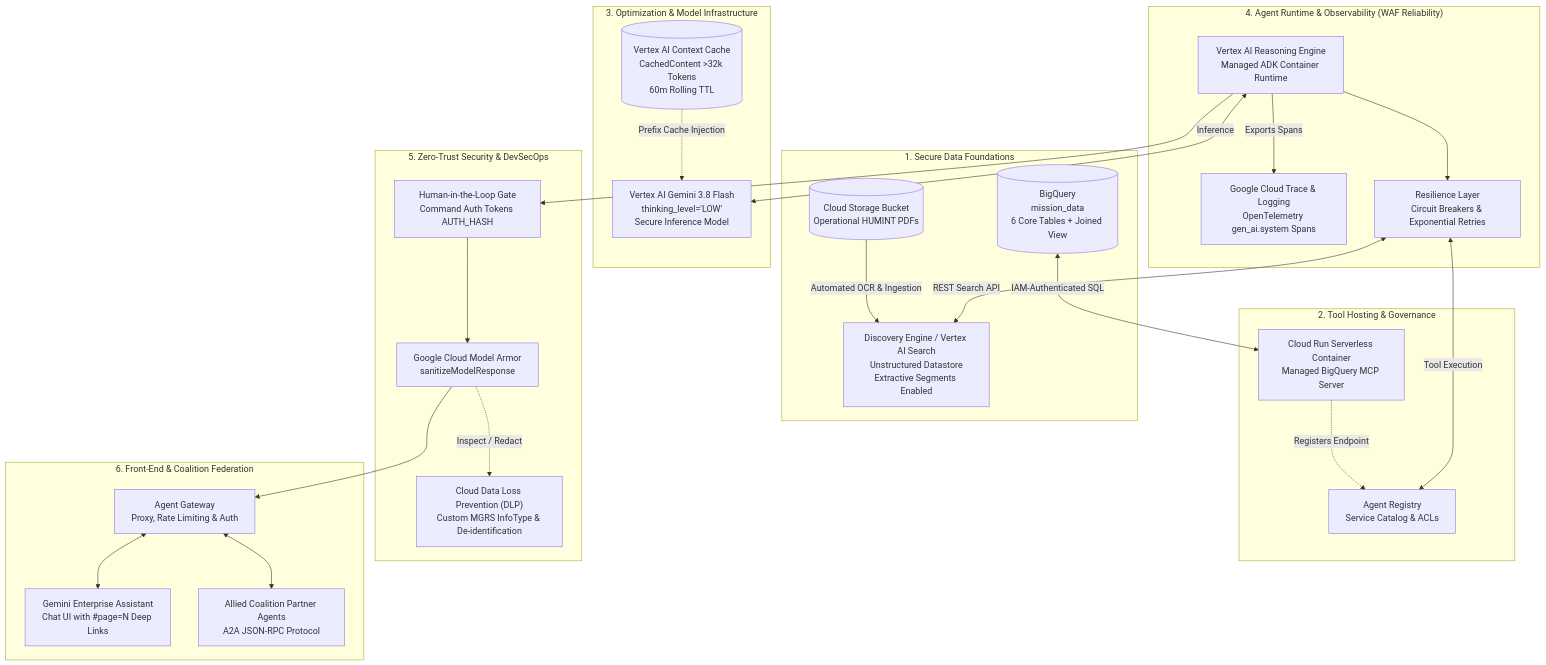
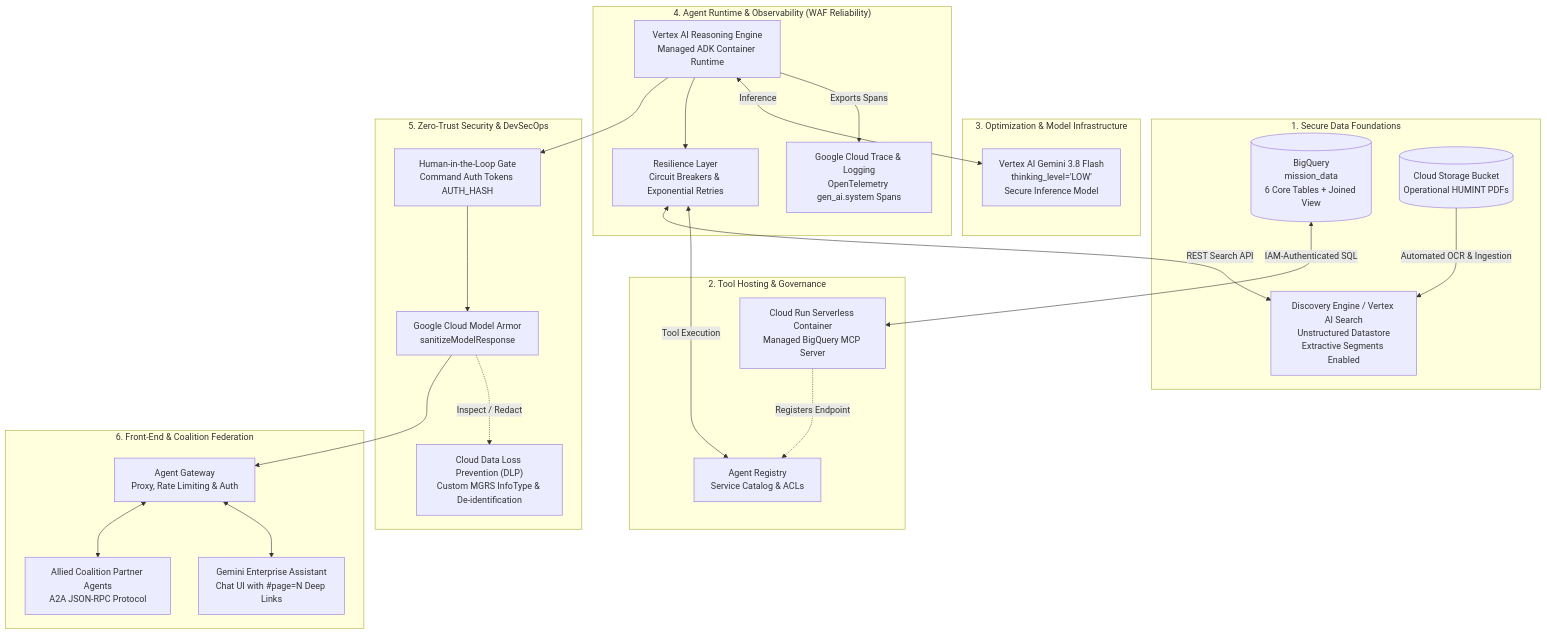
The diagram in docs/Architecture.md (edwardsda-prog/Intelligence-Agent), drawn with Mermaid before and after one commit. The commit also changed other lines of this file and 21 other files, not shown here.

````diff
--- a/docs/Architecture.md
+++ b/docs/Architecture.md
@@ -7,54 +7,52 @@
 ```mermaid
 flowchart TD
     subgraph DataLayer["1. Secure Data Foundations"]
         BQ[("BigQuery<br/>mission_data<br/>6 Core Tables + Joined View")]
         GCS[("Cloud Storage Bucket<br/>Operational HUMINT PDFs")]
         DE["Discovery Engine / Vertex AI Search<br/>Unstructured Datastore<br/>Extractive Segments Enabled"]
         GCS -->|Automated OCR & Ingestion| DE
     end
 
     subgraph ToolGovernance["2. Tool Hosting & Governance"]
         CR["Cloud Run Serverless Container<br/>Managed BigQuery MCP Server"]
         AR["Agent Registry<br/>Service Catalog & ACLs"]
         CR -.->|Registers Endpoint| AR
         BQ <-->|IAM-Authenticated SQL| CR
     end
 
     subgraph CachingAndModels["3. Optimization & Model Infrastructure"]
-        V_CACHE[("Vertex AI Context Cache<br/>CachedContent &gt;32k Tokens<br/>60m Rolling TTL")]
         GEMINI["Vertex AI Gemini 3.8 Flash<br/>thinking_level='LOW'<br/>Secure Inference Model"]
-        V_CACHE -.->|Prefix Cache Injection| GEMINI
     end
 
     subgraph AgentRuntime["4. Agent Runtime & Observability (WAF Reliability)"]
         RE["Vertex AI Reasoning Engine<br/>Managed ADK Container Runtime"]
         OTEL["Google Cloud Trace & Logging<br/>OpenTelemetry gen_ai.system Spans"]
         CB["Resilience Layer<br/>Circuit Breakers & Exponential Retries"]
         
         RE -->|Exports Spans| OTEL
         RE <-->|Inference| GEMINI
         RE --> CB
         CB <-->|Tool Execution| AR
         CB <-->|REST Search API| DE
     end
 
     subgraph SecurityLayer["5. Zero-Trust Security & DevSecOps"]
         HITL["Human-in-the-Loop Gate<br/>Command Auth Tokens AUTH_HASH"]
         MA["Google Cloud Model Armor<br/>sanitizeModelResponse"]
         DLP["Cloud Data Loss Prevention (DLP)<br/>Custom MGRS InfoType & De-identification"]
         
         RE --> HITL
         HITL --> MA
         MA -.->|Inspect / Redact| DLP
     end
 
     subgraph OperationalFrontEnd["6. Front-End & Coalition Federation"]
         GW["Agent Gateway<br/>Proxy, Rate Limiting & Auth"]
         GE["Gemini Enterprise Assistant<br/>Chat UI with #page=N Deep Links"]
         COALITION["Allied Coalition Partner Agents<br/>A2A JSON-RPC Protocol"]
         
         MA --> GW
         GW <--> GE
         GW <--> COALITION
     end
 ```
````
